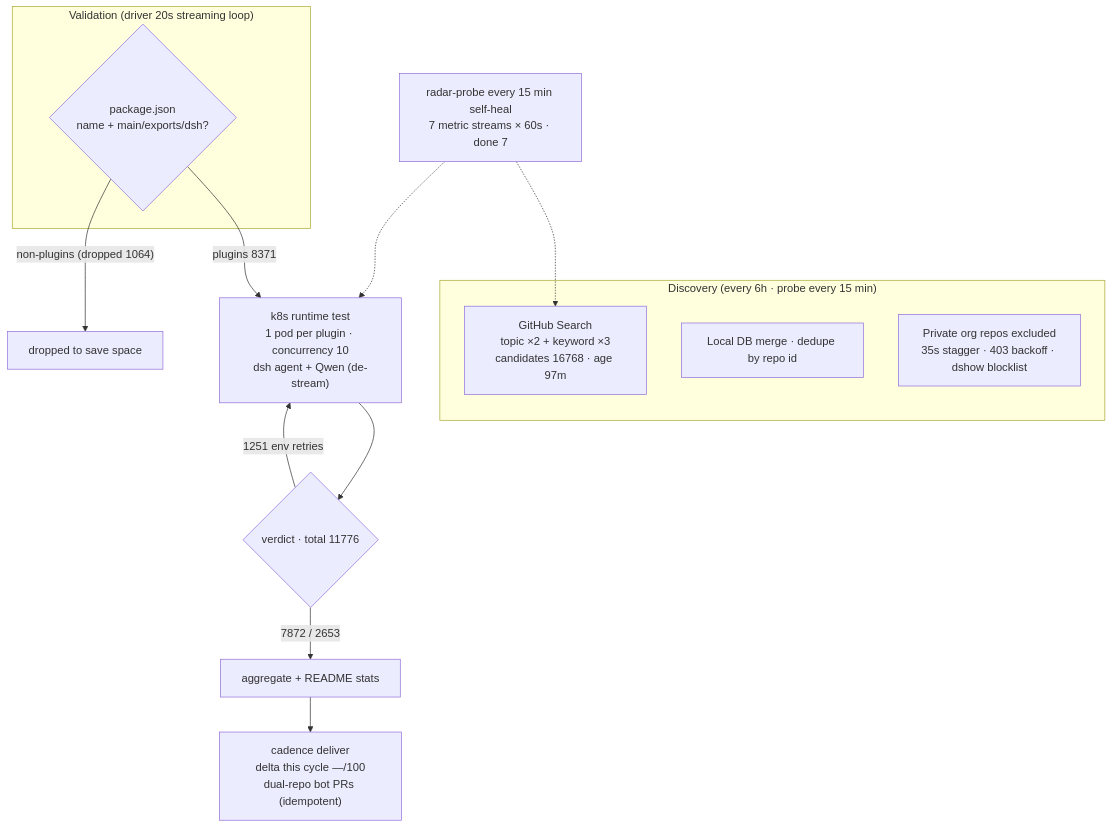
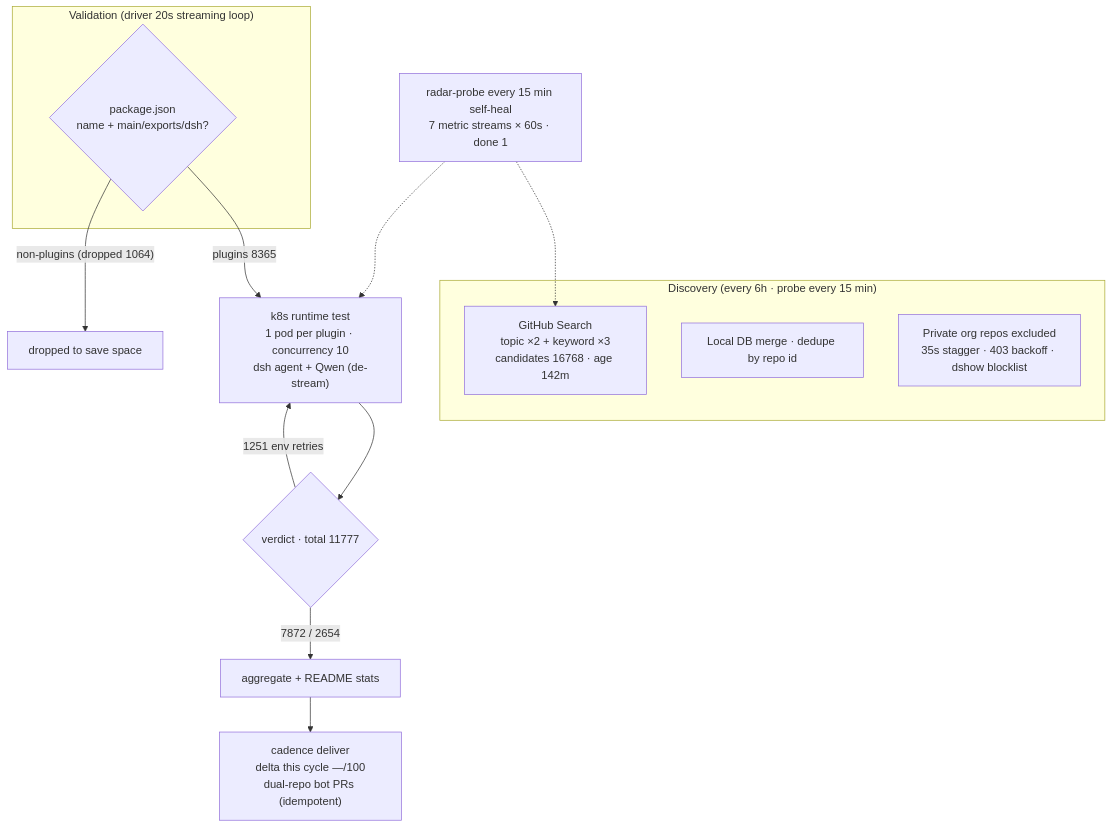
Before and after one commit to AdamPlatin123/awesome-dsh-plugins: the diagram in README.en-US.md, drawn with Mermaid. The commit also changed other lines of this file and 5 other files, not shown here.

````diff
--- a/README.en-US.md
+++ b/README.en-US.md
@@ -45,20 +45,20 @@
 ```mermaid
 flowchart TB
     subgraph Discovery["Discovery (every 6h · probe every 15 min)"]
-        A1["GitHub Search<br/>topic ×2 + keyword ×3<br/>candidates 16768 · age 97m"]
+        A1["GitHub Search<br/>topic ×2 + keyword ×3<br/>candidates 16768 · age 142m"]
         A2["Local DB merge · dedupe by repo id"]
         A3["Private org repos excluded<br/>35s stagger · 403 backoff · dshow blocklist"]
     end
     subgraph Validation["Validation (driver 20s streaming loop)"]
         B1{"package.json<br/>name + main/exports/dsh?"}
     end
-    B1 -->|"plugins 8371"| C1["k8s runtime test<br/>1 pod per plugin · concurrency 10<br/>dsh agent + Qwen (de-stream)"]
+    B1 -->|"plugins 8365"| C1["k8s runtime test<br/>1 pod per plugin · concurrency 10<br/>dsh agent + Qwen (de-stream)"]
     B1 -->|"non-plugins (dropped 1064)"| B3["dropped to save space"]
-    C1 --> D1{"verdict · total 11776"}
-    D1 -->|"7872 / 2653"| E1["aggregate + README stats"]
+    C1 --> D1{"verdict · total 11777"}
+    D1 -->|"7872 / 2654"| E1["aggregate + README stats"]
     D1 -->|"1251 env retries"| C1
     E1 --> E2["cadence deliver<br/>delta this cycle —/100<br/>dual-repo bot PRs (idempotent)"]
-    M["radar-probe every 15 min self-heal<br/>7 metric streams × 60s · done 7"]
+    M["radar-probe every 15 min self-heal<br/>7 metric streams × 60s · done 1"]
     M -.-> A1
     M -.-> C1
 ```
````
